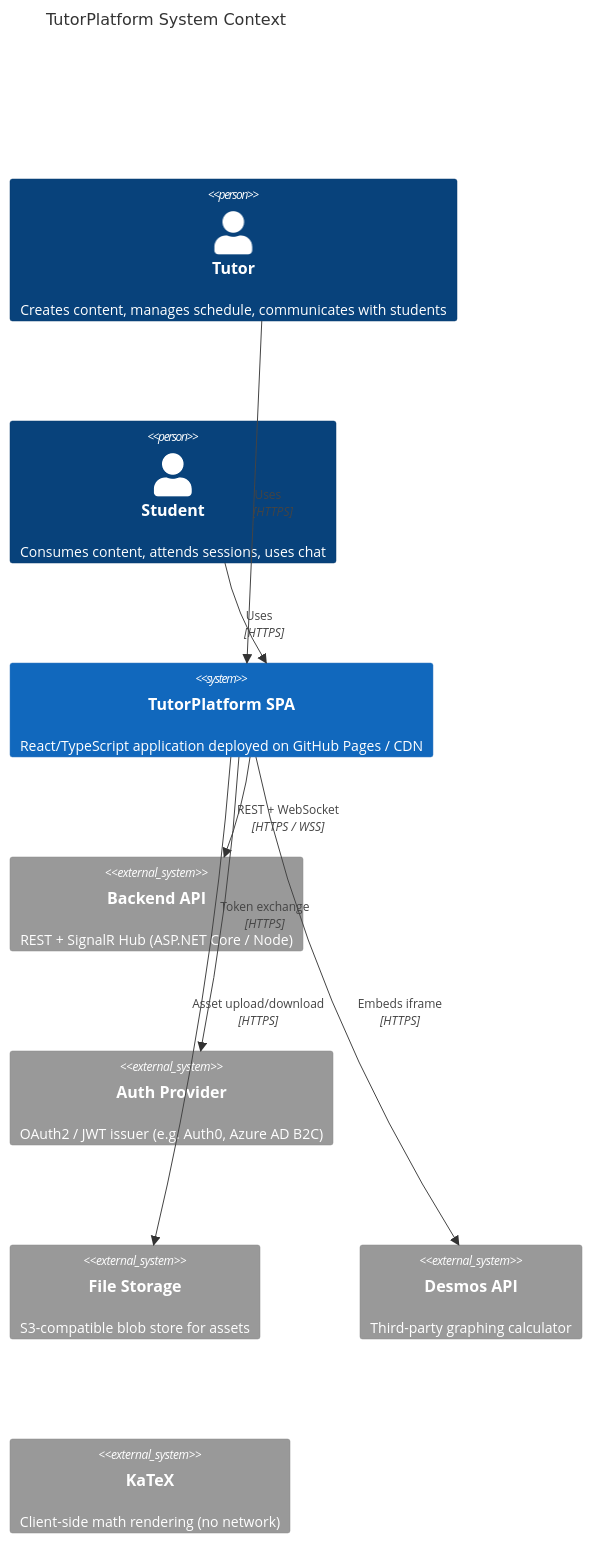
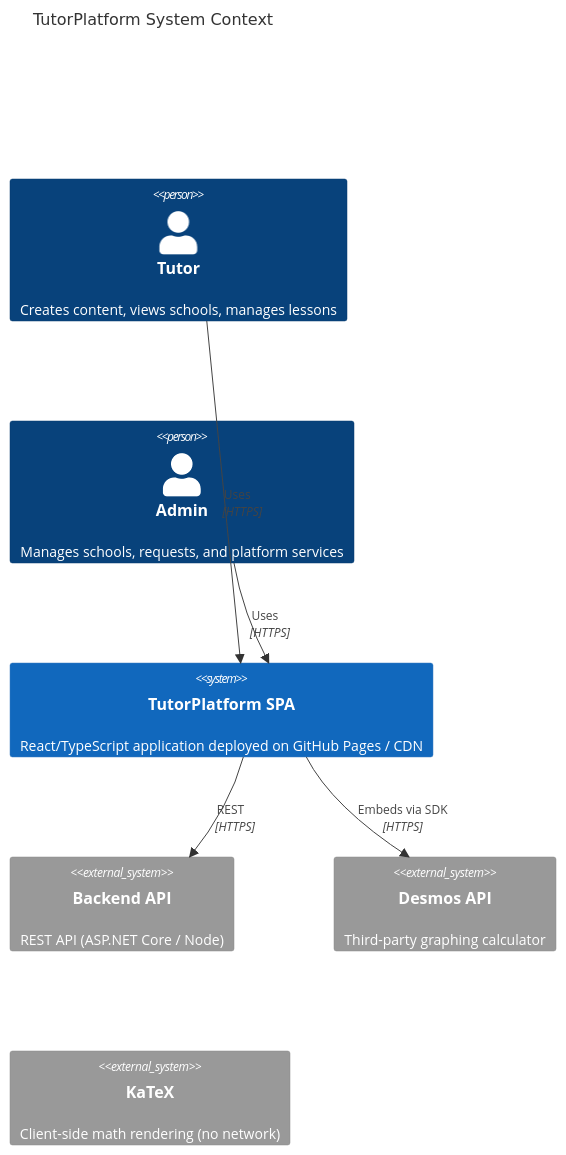
The first of 7 diagrams in ARCHITECTURE.md (LearnForgeDev/Frontend), drawn with Mermaid before and after one commit. The commit also changed other lines of this file and 1 other file, not shown here.

Commit message:
docs: update architecture documentation and tech stack versions

````diff
--- a/ARCHITECTURE.md
+++ b/ARCHITECTURE.md
@@ -34,21 +34,17 @@
 ```mermaid
 C4Context
   title TutorPlatform System Context
-
-  Person(tutor, "Tutor", "Creates content, manages schedule, communicates with students")
-  Person(student, "Student", "Consumes content, attends sessions, uses chat")
-
+ 
+  Person(tutor, "Tutor", "Creates content, views schools, manages lessons")
+  Person(admin, "Admin", "Manages schools, requests, and platform services")
+ 
   System(frontend, "TutorPlatform SPA", "React/TypeScript application deployed on GitHub Pages / CDN")
-  System_Ext(api, "Backend API", "REST + SignalR Hub (ASP.NET Core / Node)")
-  System_Ext(auth, "Auth Provider", "OAuth2 / JWT issuer (e.g. Auth0, Azure AD B2C)")
-  System_Ext(storage, "File Storage", "S3-compatible blob store for assets")
+  System_Ext(api, "Backend API", "REST API (ASP.NET Core / Node)")
   System_Ext(desmos, "Desmos API", "Third-party graphing calculator")
   System_Ext(katex, "KaTeX", "Client-side math rendering (no network)")
-
+ 
   Rel(tutor, frontend, "Uses", "HTTPS")
-  Rel(student, frontend, "Uses", "HTTPS")
-  Rel(frontend, api, "REST + WebSocket", "HTTPS / WSS")
-  Rel(frontend, auth, "Token exchange", "HTTPS")
-  Rel(frontend, storage, "Asset upload/download", "HTTPS")
-  Rel(frontend, desmos, "Embeds iframe", "HTTPS")
+  Rel(admin, frontend, "Uses", "HTTPS")
+  Rel(frontend, api, "REST", "HTTPS")
+  Rel(frontend, desmos, "Embeds via SDK", "HTTPS")
 ```
````
